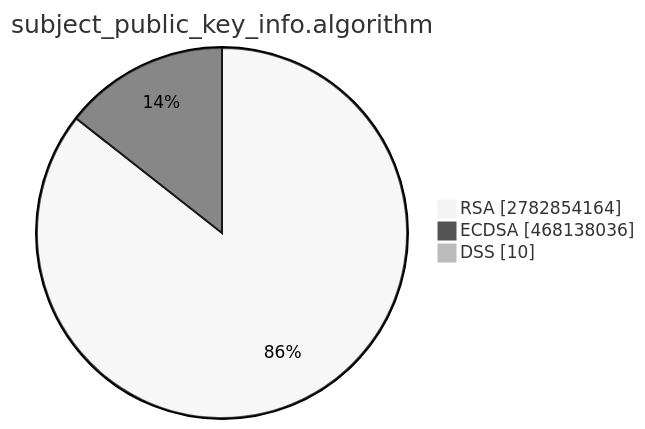
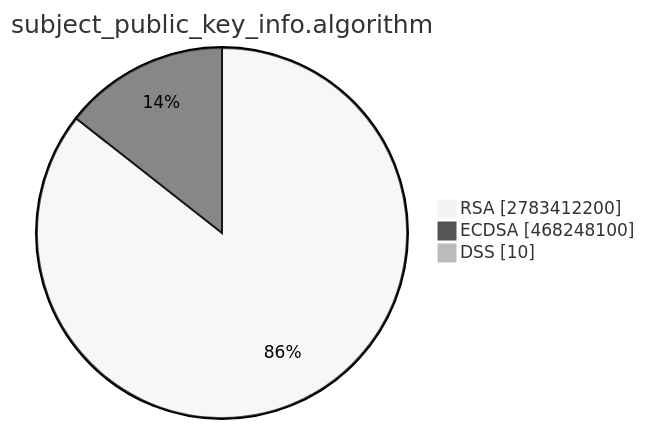
Before and after one commit to christiankrug/ctmonitor_visualization: the second of 15 diagrams in TOTAL/README.md, drawn with Mermaid (neutral theme). The commit also changed other lines of this file, not shown here.

````diff
--- a/TOTAL/README.md
+++ b/TOTAL/README.md
@@ -6,7 +6,7 @@
 ```mermaid
 pie showData
 title subject_public_key_info.algorithm
-"RSA" :2782854164
-"ECDSA" :468138036
+"RSA" :2783412200
+"ECDSA" :468248100
 "DSS" :10
 ```
````
